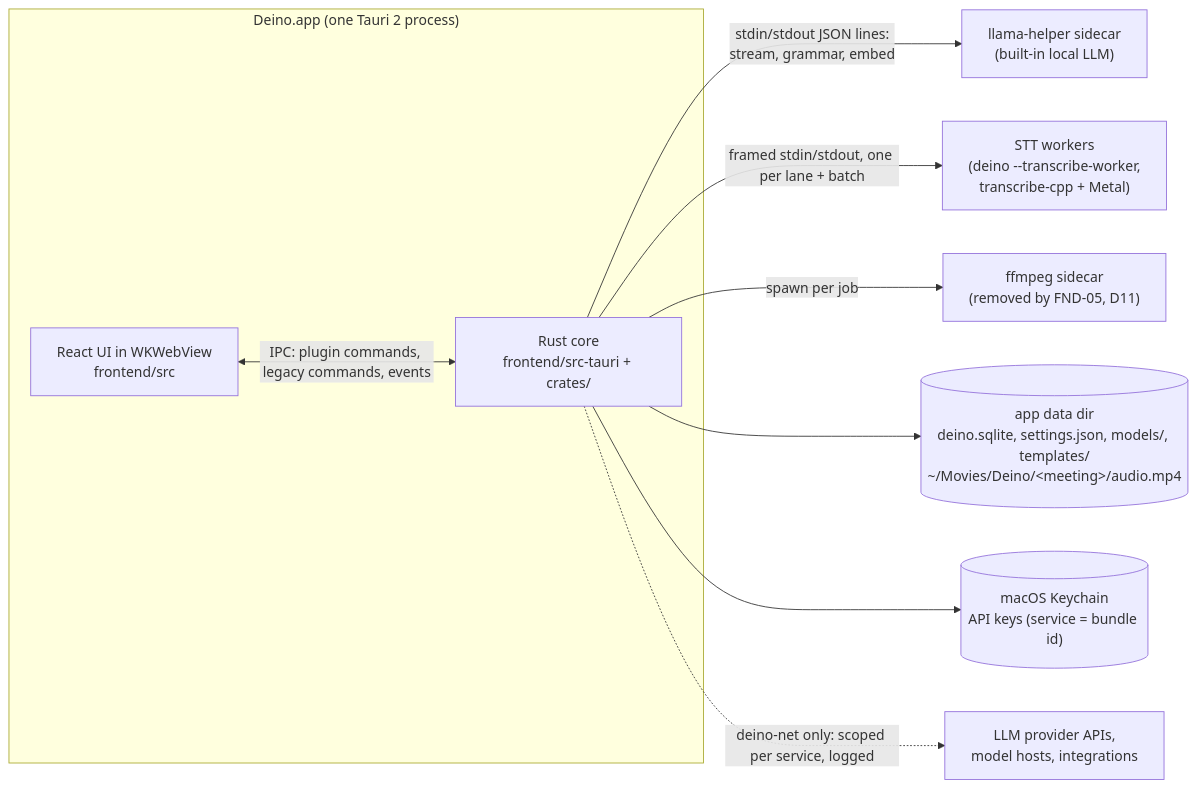
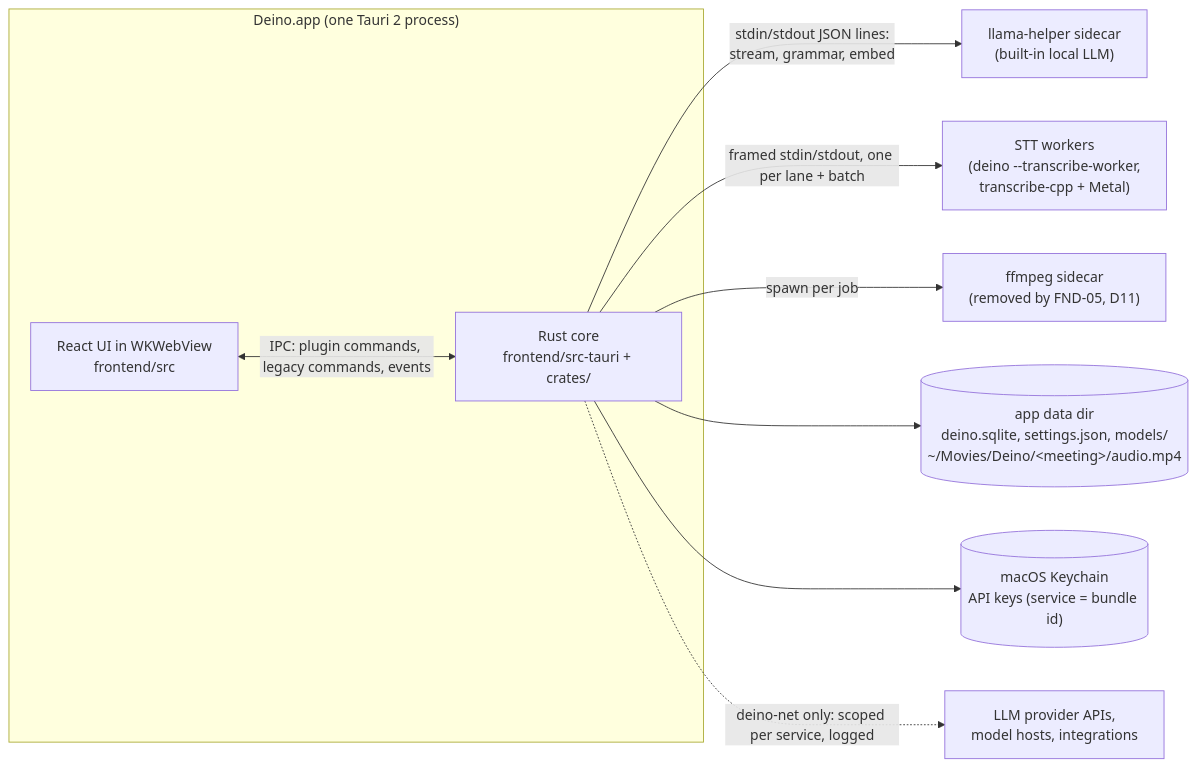
The first of 8 diagrams in docs/ARCHITECTURE.md (xenshreyas/Deino), drawn with Mermaid before and after one commit. The commit also changed other lines of this file and 7 other files, not shown here.

Commit message:
docs: NOT-04/NOT-05 in the architecture map, ADR 0021, crate READMEs and the plan

````diff
--- a/docs/ARCHITECTURE.md
+++ b/docs/ARCHITECTURE.md
@@ -21,14 +22,14 @@
 ```mermaid
 flowchart LR
   subgraph App["Deino.app (one Tauri 2 process)"]
     UI["React UI in WKWebView<br/>frontend/src"]
     Core["Rust core<br/>frontend/src-tauri + crates/"]
     UI <-- "IPC: plugin commands, legacy commands, events" --> Core
   end
   Core -- "stdin/stdout JSON lines:<br/>stream, grammar, embed" --> Llama["llama-helper sidecar<br/>(built-in local LLM)"]
   Core -- "framed stdin/stdout, one per lane + batch" --> Workers["STT workers<br/>(deino --transcribe-worker,<br/>transcribe-cpp + Metal)"]
   Core -- "spawn per job" --> FFmpeg["ffmpeg sidecar<br/>(removed by FND-05, D11)"]
-  Core --> Files[("app data dir<br/>deino.sqlite, settings.json, models/, templates/<br/>~/Movies/Deino/&lt;meeting&gt;/audio.mp4")]
+  Core --> Files[("app data dir<br/>deino.sqlite, settings.json, models/<br/>~/Movies/Deino/&lt;meeting&gt;/audio.mp4")]
   Core --> Keychain[("macOS Keychain<br/>API keys (service = bundle id)")]
   Core -. "deino-net only: scoped per service, logged" .-> LLM["LLM provider APIs,<br/>model hosts, integrations"]
 ```
````
